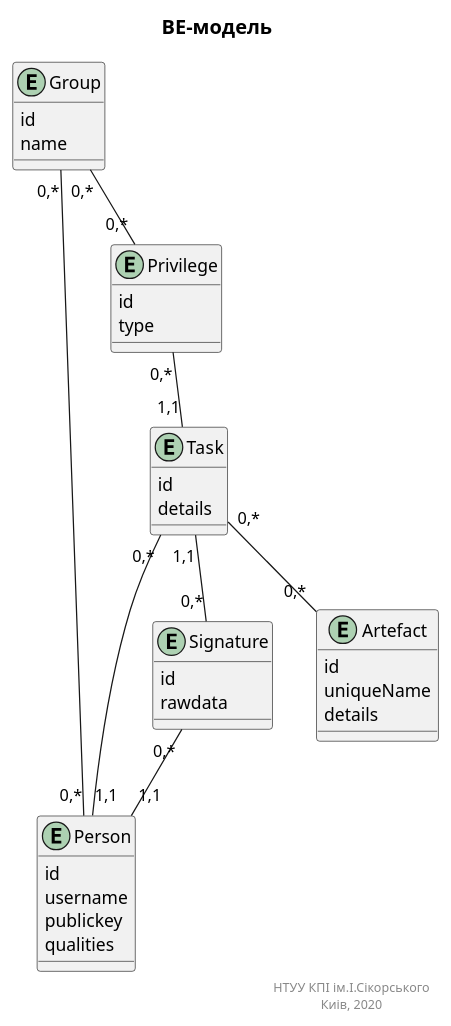
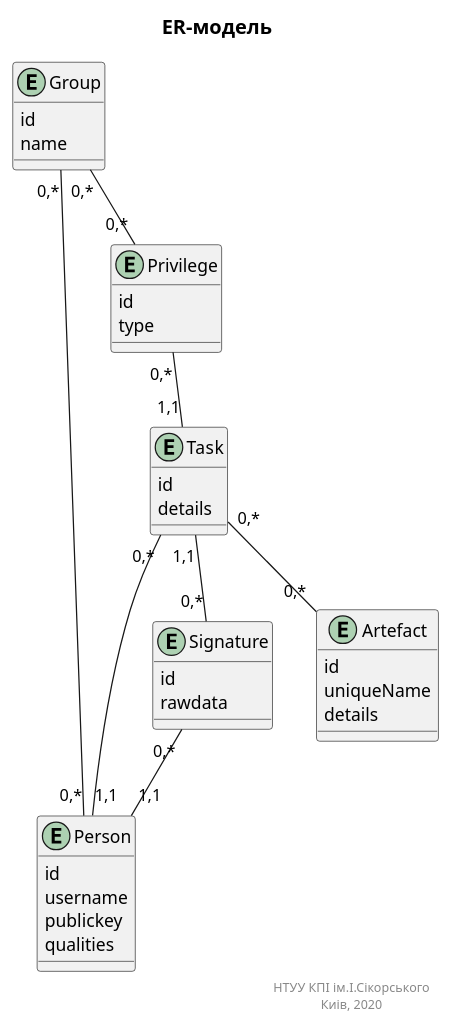
Before and after one commit to Jirobus/Core: the diagram in docs/puml/ERM/erm.puml, drawn with PlantUML. The commit also changed 1 other file, not shown here.

```diff
--- a/docs/puml/ERM/erm.puml
+++ b/docs/puml/ERM/erm.puml
@@ -1,52 +1,52 @@
-@startuml BEM
+@startuml ERM
 title
-<font size=16 color=black>BE-модель
+<font size=16 color=black>ER-модель
 end title
 
 entity Person {
     id
     username
     publickey
     qualities
 }
 
 entity Group {
     id
     name
 }
 
 entity Privilege {
     id
     type
 }
 
 entity Task {
     id
     details
 }
 
 entity Signature {
     id
     rawdata
 }
 
 entity Artefact {
     id
     uniqueName
     details
 }
 
 Signature "0,*"--"1,1" Person
 Group "0,*"--"0,*" Person
 Group "0,*"--"0,*" Privilege
 Privilege "0,*"--"1,1" Task
 Task "1,1"--"0,*" Signature
 Task "0,*"-d-"1,1" Person
 Task "0,*"-d-"0,*" Artefact
 
 
 right footer
 НТУУ КПІ ім.І.Сікорського
 Киів, 2020
 end footer
 @enduml
```
